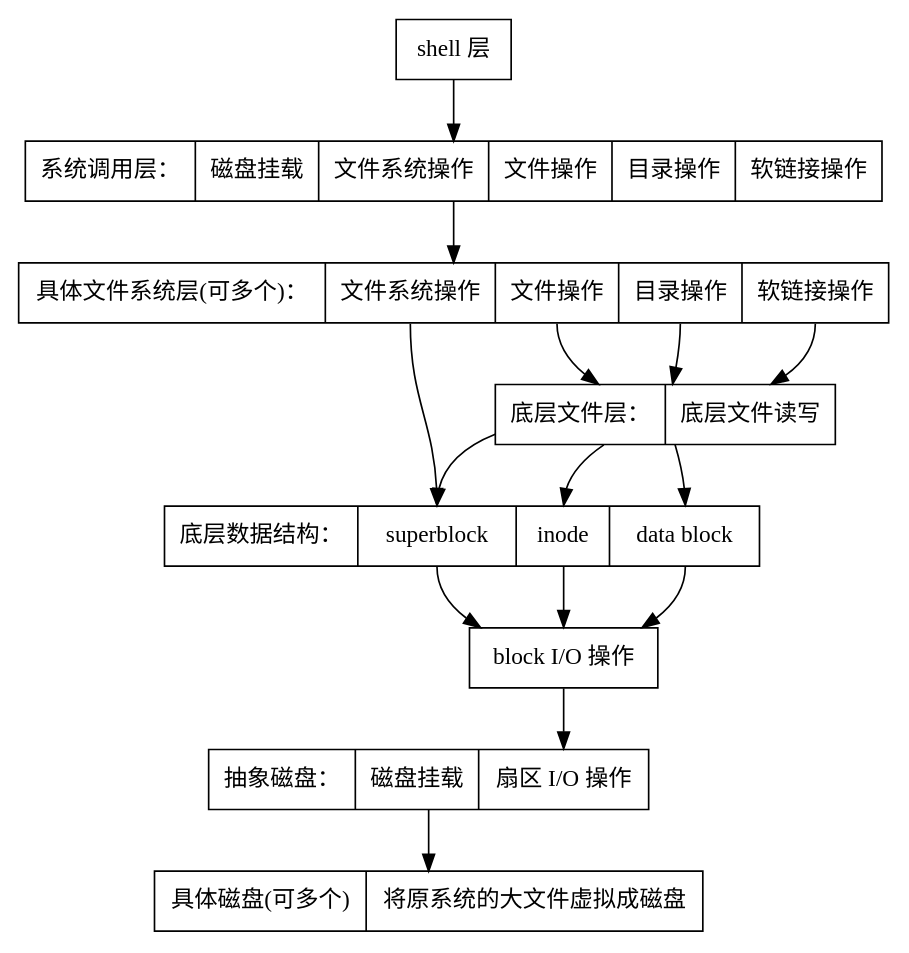
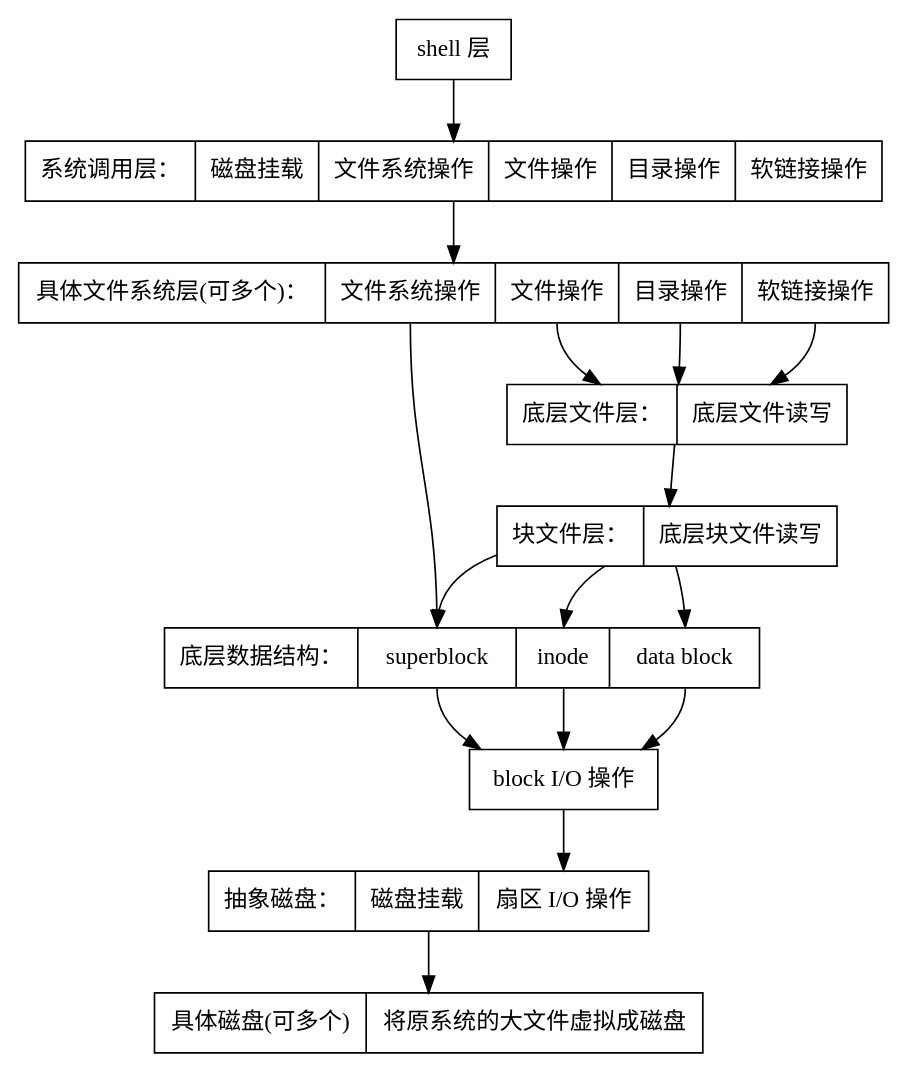
One commit to frapples/fulfs-filesystem changed the diagram in TODOs.org. Above: the diagram before and after it, drawn with Graphviz. The commit also changed other lines of this file and 4 other files, not shown here.

```diff
--- a/TODOs.org
+++ b/TODOs.org
@@ -26,41 +28,43 @@
 #+BEGIN_SRC dot :file TODOs/design.png :cmdline -Tpng :exports none :results silent
   digraph structs {
       node [shape=record];
       //node[fontsize=10];
       //edge[fontsize=9];
 
       struct0 [shape=record, label="shell 层"];
       struct1 [shape=record, label="系统调用层：| <f0>磁盘挂载 |<f4>文件系统操作 |<f1> 文件操作 |<f2> 目录操作|<f3> 软链接操作"];
       struct2 [shape=record, label="具体文件系统层(可多个)：|<f4>文件系统操作|<f1> 文件操作 |<f2> 目录操作|<f3> 软链接操作"];
       struct3 [shape=record, label="底层文件层：| 底层文件读写"];
+      struct8 [shape=record, label="块文件层：| 底层块文件读写"];
 
       struct4 [shape=record, label="底层数据结构： | <f1> superblock | <f2> inode | <f3> data block"];
 
       struct5 [shape=record, label="block I/O 操作"];
 
       struct6 [shape=record, label="抽象磁盘：| 磁盘挂载 | <f2>扇区 I/O 操作"];
 
       struct7 [shape=record, label="具体磁盘(可多个) | 将原系统的大文件虚拟成磁盘"];
       
       struct0->struct1;
       struct1 -> struct2;
 
       struct2:f1 -> struct3;
       struct2:f2 -> struct3;
       struct2:f3 -> struct3;
       
       struct2:f4 -> struct4:f1;
 
-      struct3 -> struct4:f1;
-      struct3 -> struct4:f2;
-      struct3 -> struct4:f3;
+      struct3 -> struct8;
+      struct8 -> struct4:f1;
+      struct8 -> struct4:f2;
+      struct8 -> struct4:f3;
 
       struct4:f1 -> struct5;
       struct4:f2 -> struct5;
       struct4:f3 -> struct5;
 
       struct5 -> struct6:f2;
 
       struct6 -> struct7;
   }
 #+END_SRC
```
